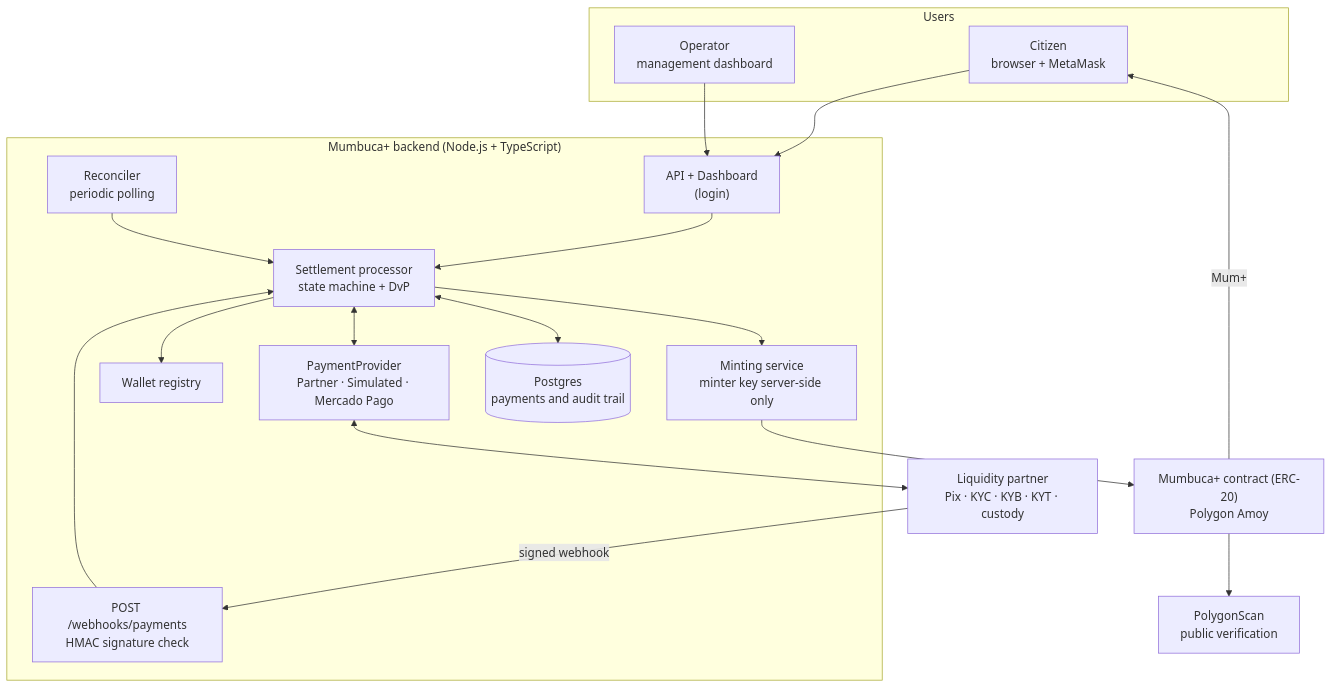
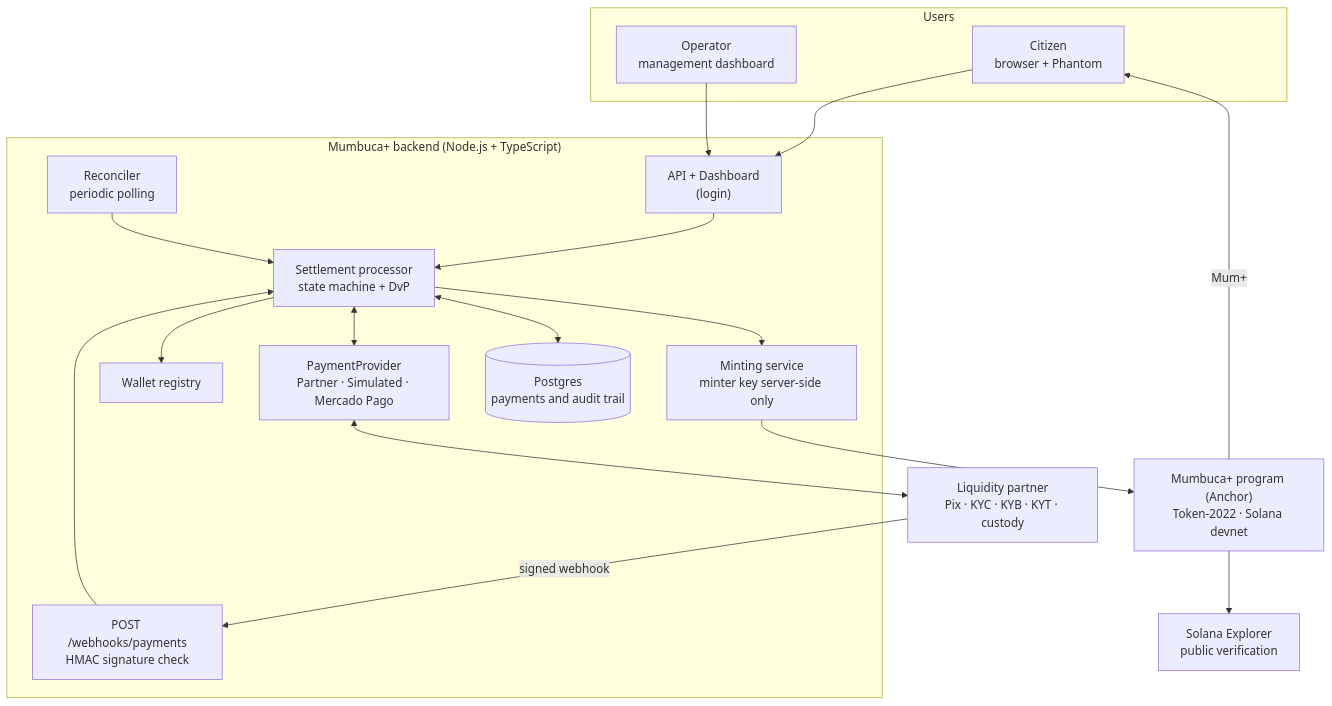
The second of 4 diagrams in README.en.md (Peragus01/Mumbuca-plus), drawn with Mermaid before and after one commit. The commit also changed other lines of this file and 1 other file, not shown here.

Commit message:
docs: switch READMEs from Polygon to Solana (Anchor program, Token-2022, PDA receipts)

````diff
--- a/README.en.md
+++ b/README.en.md
@@ -194,34 +194,34 @@
 ```mermaid
 flowchart TB
     subgraph Users["Users"]
-        C["Citizen<br/>browser + MetaMask"]
+        C["Citizen<br/>browser + Phantom"]
         O["Operator<br/>management dashboard"]
     end
 
     subgraph Backend["Mumbuca+ backend (Node.js + TypeScript)"]
         API["API + Dashboard<br/>(login)"]
         WH["POST /webhooks/payments<br/>HMAC signature check"]
         PP["PaymentProvider<br/>Partner · Simulated · Mercado Pago"]
         PROC["Settlement processor<br/>state machine + DvP"]
         REC["Reconciler<br/>periodic polling"]
         WR["Wallet registry"]
         MS["Minting service<br/>minter key server-side only"]
         DB[("Postgres<br/>payments and audit trail")]
     end
 
     LP["Liquidity partner<br/>Pix · KYC · KYB · KYT · custody"]
-    SC["Mumbuca+ contract (ERC-20)<br/>Polygon Amoy"]
-    EX["PolygonScan<br/>public verification"]
+    SC["Mumbuca+ program (Anchor)<br/>Token-2022 · Solana devnet"]
+    EX["Solana Explorer<br/>public verification"]
 
     C --> API
     O --> API
     API --> PROC
     LP -->|signed webhook| WH --> PROC
     REC --> PROC
     PROC <--> PP <--> LP
     PROC --> WR
     PROC --> MS --> SC
     PROC <--> DB
     SC --> EX
     SC -->|Mum+| C
 ```
````
